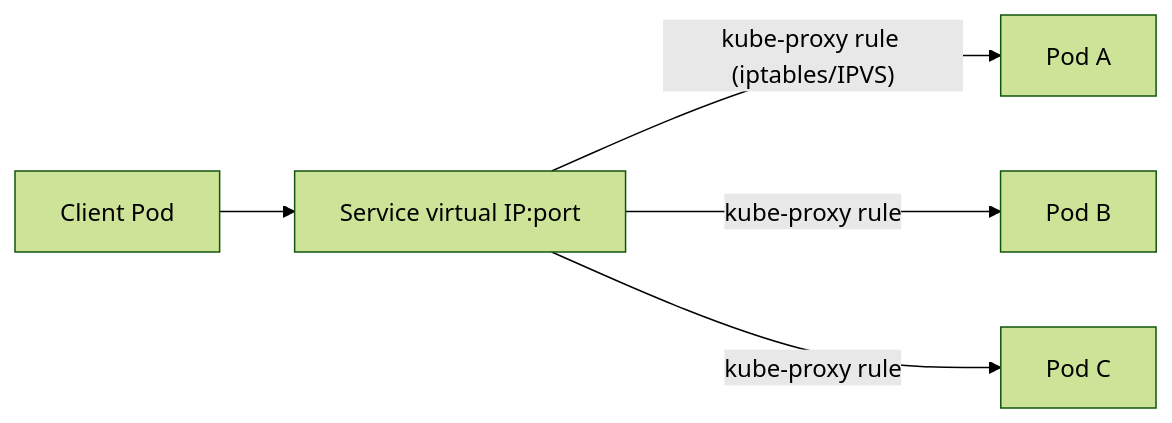
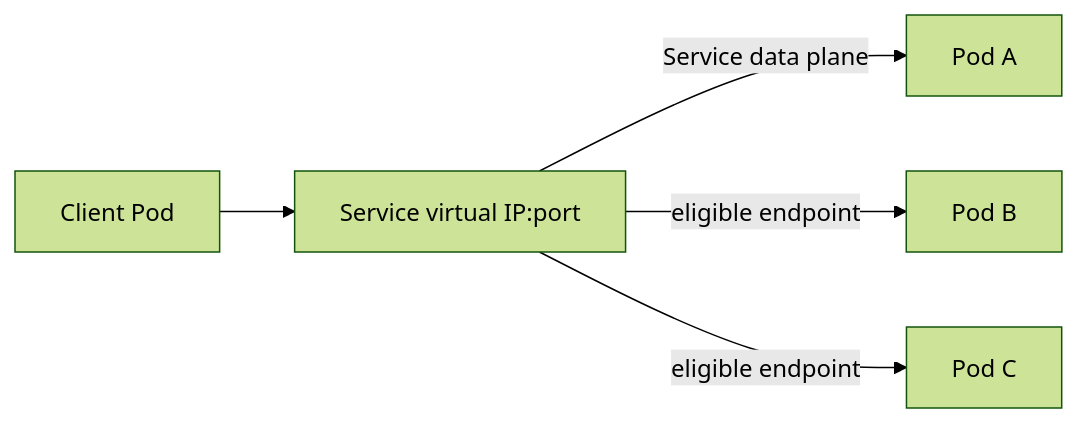
The third of 4 diagrams in content/devops/02-kubernetes-fundamentals.md (Prem-Duvvapu/cs-fundamentals-with-ui), drawn with Mermaid (forest theme) before and after one commit. The commit also changed other lines of this file and 116 other files, not shown here.

````diff
--- a/content/devops/02-kubernetes-fundamentals.md
+++ b/content/devops/02-kubernetes-fundamentals.md
@@ -217,7 +231,7 @@
 ```mermaid
 flowchart LR
     C["Client Pod"] --> VIP["Service virtual IP:port"]
-    VIP -->|"kube-proxy rule (iptables/IPVS)"| P1["Pod A"]
-    VIP -->|"kube-proxy rule"| P2["Pod B"]
-    VIP -->|"kube-proxy rule"| P3["Pod C"]
+    VIP -->|"Service data plane"| P1["Pod A"]
+    VIP -->|"eligible endpoint"| P2["Pod B"]
+    VIP -->|"eligible endpoint"| P3["Pod C"]
 ```
````
